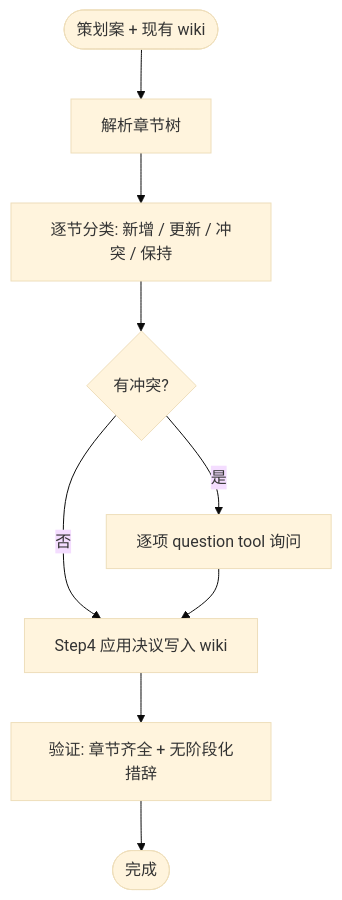
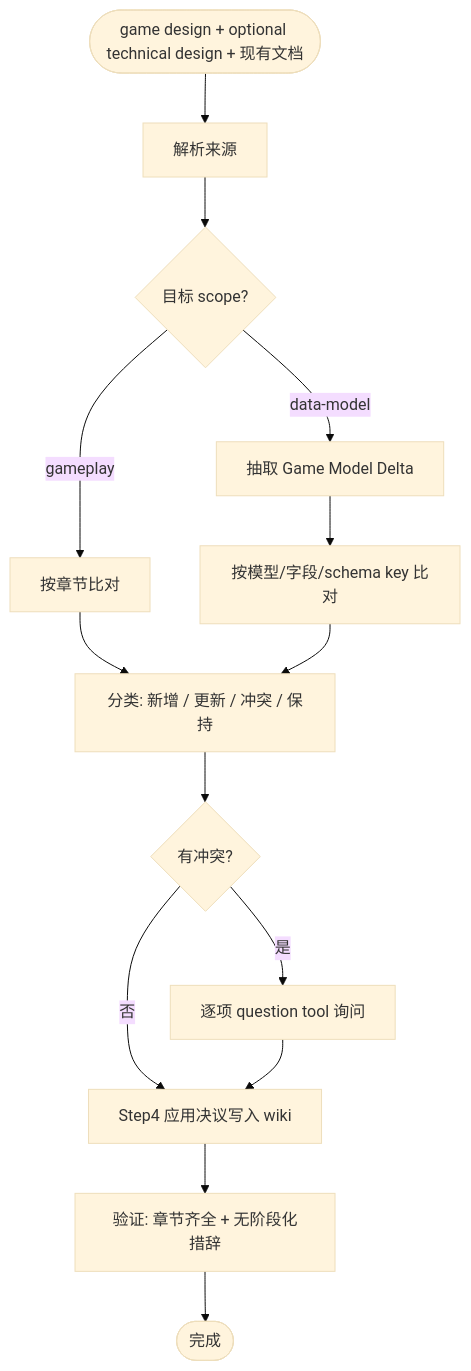
Before and after one commit to Hikaru518/stellar-frontier: the diagram in .opencode/skills/organize-wiki/references/merge-protocol.md, drawn with Mermaid (base theme). The commit also changed other lines of this file and 23 other files, not shown here.

````diff
--- a/.opencode/skills/organize-wiki/references/merge-protocol.md
+++ b/.opencode/skills/organize-wiki/references/merge-protocol.md
@@ -7,11 +7,16 @@
 ```mermaid
 flowchart TD
-    inputs([策划案 + 现有 wiki]) --> parse[解析章节树]
-    parse --> classify[逐节分类: 新增 / 更新 / 冲突 / 保持]
+    inputs([game design + optional technical design + 现有文档]) --> parse[解析来源]
+    parse --> route{目标 scope?}
+    route -- "gameplay" --> sectionDiff[按章节比对]
+    route -- "data-model" --> extractDelta[抽取 Game Model Delta]
+    extractDelta --> keyDiff[按模型/字段/schema key 比对]
+    sectionDiff --> classify[分类: 新增 / 更新 / 冲突 / 保持]
+    keyDiff --> classify
     classify --> hasConflict{有冲突?}
     hasConflict -- "是" --> ask["逐项 question tool 询问"]
     hasConflict -- "否" --> apply
     ask --> apply[Step4 应用决议写入 wiki]
     apply --> verify[验证: 章节齐全 + 无阶段化措辞]
     verify --> doneNode([完成])
 ```
````
